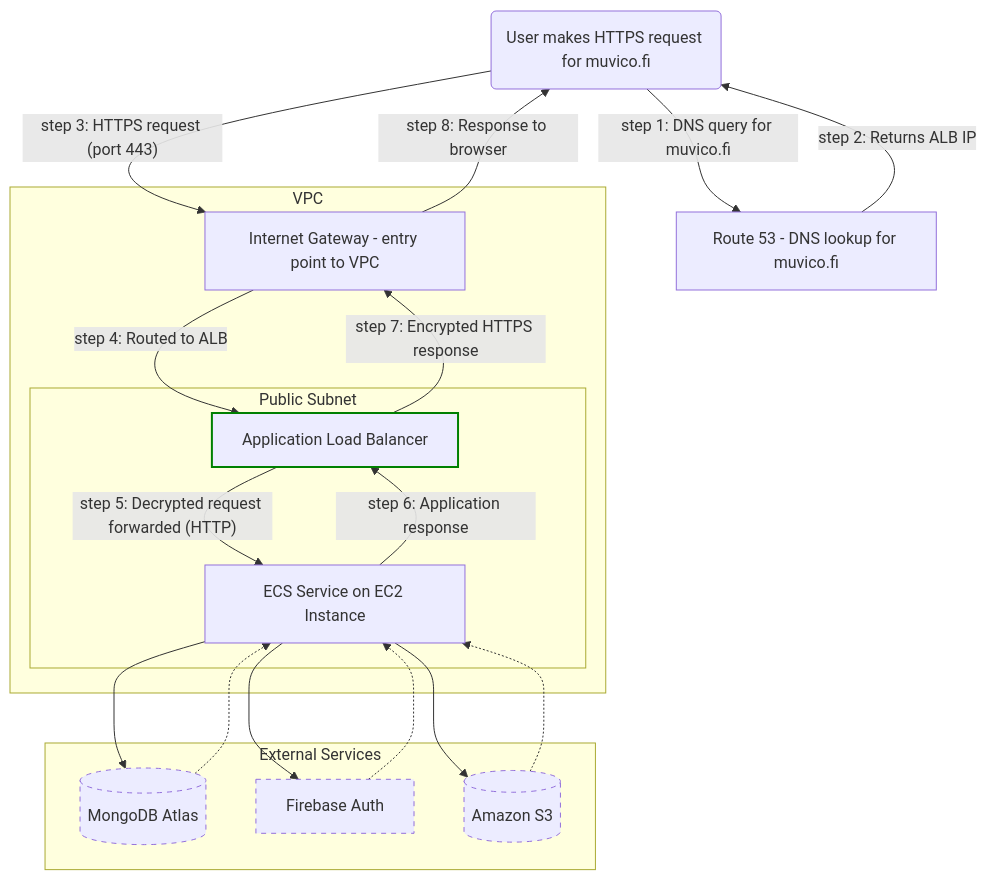
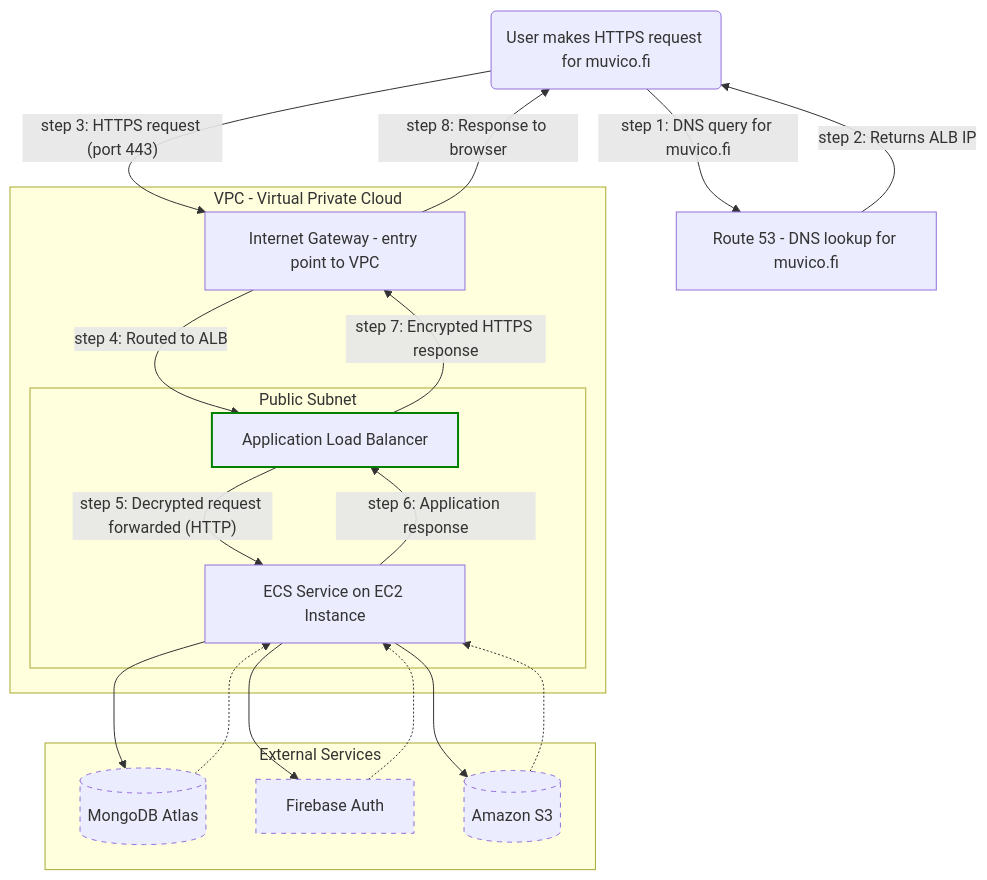
The third of 4 diagrams in documentation/https-setup.md (MuViCo/MuViCo), drawn with Mermaid before and after one commit. The commit also changed other lines of this file, not shown here.

````diff
--- a/documentation/https-setup.md
+++ b/documentation/https-setup.md
@@ -212,38 +212,38 @@
 ```mermaid
 flowchart TD
     User(User makes HTTPS request for muvico.fi)
     DNS[Route 53 - DNS lookup for muvico.fi]
     IGW[Internet Gateway - entry point to VPC]
     ALB[Application Load Balancer]
     ECS[ECS Service on EC2 Instance]
 
     classDef alb stroke:green,stroke-width:2px
     classDef external stroke-dasharray: 5 5
 
     User -->|"step 1: DNS query for muvico.fi"| DNS
     DNS -->|"step 2: Returns ALB IP"| User
     User -->|"step 3: HTTPS request (port 443)"| IGW
     IGW -->|"step 4: Routed to ALB"| ALB:::alb
     ALB -->|"step 5: Decrypted request forwarded (HTTP)"| ECS
     ECS -->|"step 6: Application response"| ALB
     ALB -->|"step 7: Encrypted HTTPS response"| IGW
     IGW -->|"step 8: Response to browser"| User
 
-    subgraph VPC
+    subgraph VPC - Virtual Private Cloud
         IGW
         subgraph Public Subnet
             ALB
             ECS
         end
     end
 
     subgraph External Services
         ECS --> D[(MongoDB Atlas)]:::external
         D -.-> ECS
         ECS --> E[Firebase Auth]:::external
         E -.-> ECS
         ECS --> F[(Amazon S3)]:::external
         F -.-> ECS
     end
 
 ```
````
